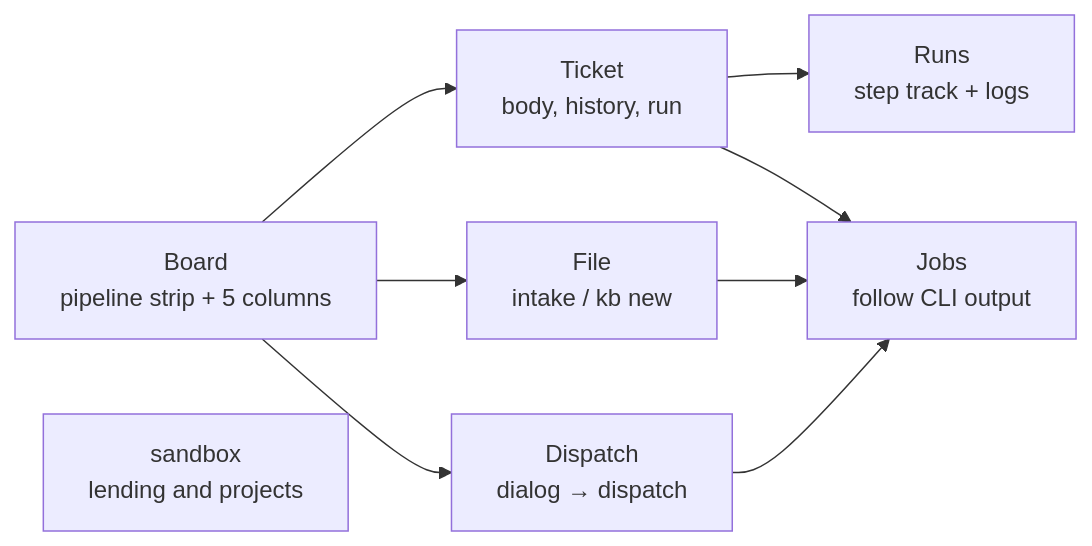
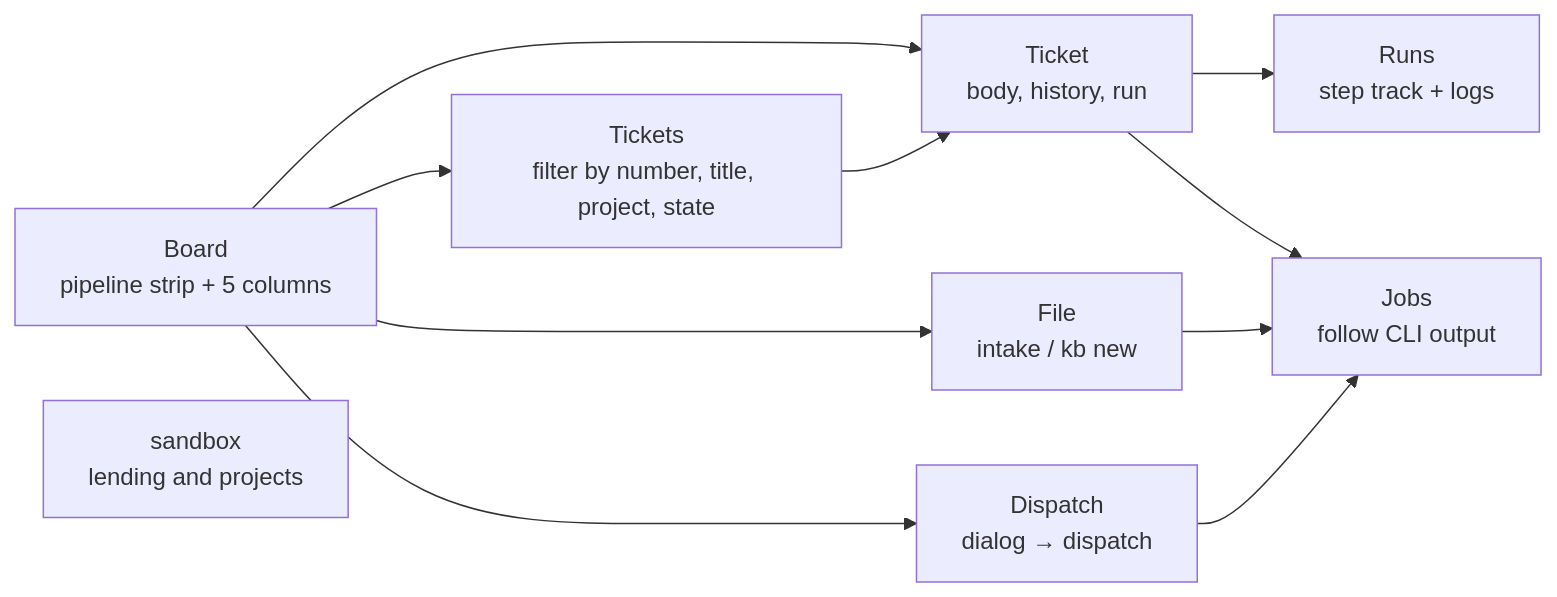
One commit to akkijp-oss/aifactory changed the diagram in website/content/en/guides/console.md. Above: the diagram before and after it, drawn with Mermaid. The commit also changed other lines of this file and 3 other files, not shown here.

````diff
--- a/website/content/en/guides/console.md
+++ b/website/content/en/guides/console.md
@@ -28,11 +28,13 @@
 ```mermaid
 flowchart LR
   B[Board<br>pipeline strip + 5 columns] --> T[Ticket<br>body, history, run]
+  B --> L[Tickets<br>filter by number, title, project, state]
+  L --> T
   T --> R[Runs<br>step track + logs]
   B --> I[File<br>intake / kb new]
   B --> D[Dispatch<br>dialog → dispatch]
   D --> J
   I --> J[Jobs<br>follow CLI output]
   T --> J
   S[sandbox<br>lending and projects]
 ```
````
